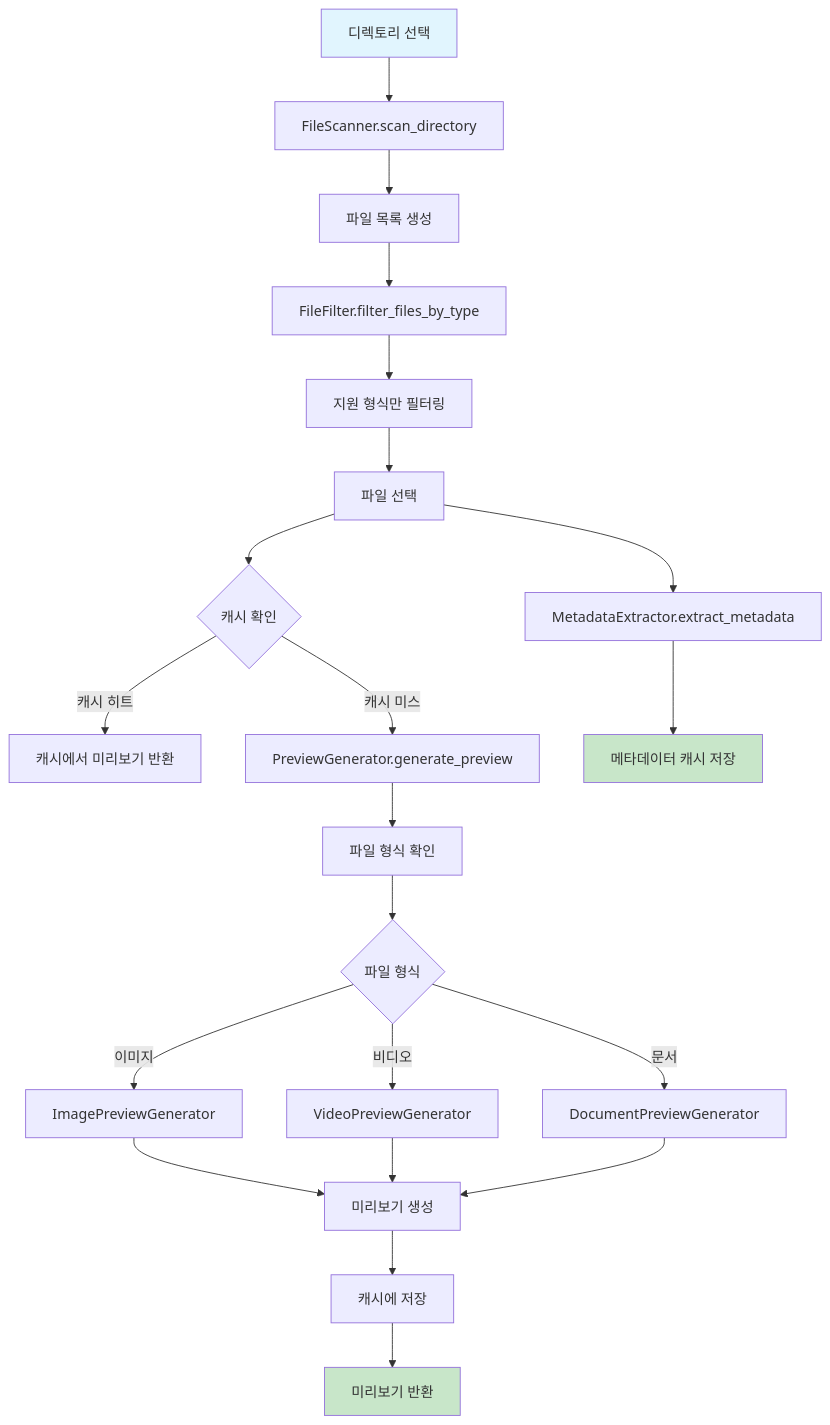
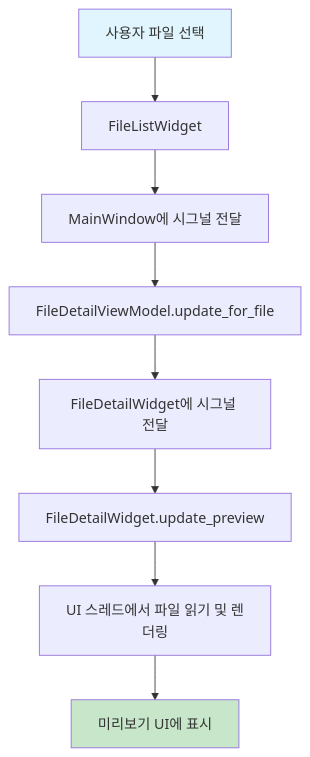
One commit to Yamang02/PYQT5_FileTagger changed the second of 2 diagrams in docs/specifications/technical/TS-20250711-003_file_system_preview_system.md. Above: the diagram before and after it, drawn with Mermaid. The commit also changed other lines of this file and 3 other files, not shown here.

````diff
--- a/docs/specifications/technical/TS-20250711-003_file_system_preview_system.md
+++ b/docs/specifications/technical/TS-20250711-003_file_system_preview_system.md
@@ -76,32 +63,13 @@
 ```mermaid
 flowchart TD
-    A[디렉토리 선택] --> B[FileScanner.scan_directory]
-    B --> C[파일 목록 생성]
-    C --> D[FileFilter.filter_files_by_type]
-    D --> E[지원 형식만 필터링]
-    E --> F[파일 선택]
-    
-    F --> G{캐시 확인}
-    G -->|캐시 히트| H[캐시에서 미리보기 반환]
-    G -->|캐시 미스| I[PreviewGenerator.generate_preview]
-    I --> J[파일 형식 확인]
-    J --> K{파일 형식}
-    
-    K -->|이미지| L[ImagePreviewGenerator]
-    K -->|비디오| M[VideoPreviewGenerator]
-    K -->|문서| N[DocumentPreviewGenerator]
-    
-    L --> O[미리보기 생성]
-    M --> O
-    N --> O
-    
-    O --> P[캐시에 저장]
-    P --> Q[미리보기 반환]
-    
-    F --> R[MetadataExtractor.extract_metadata]
-    R --> S[메타데이터 캐시 저장]
-    
+    A[사용자 파일 선택] --> B[FileListWidget]
+    B --> C[MainWindow에 시그널 전달]
+    C --> D[FileDetailViewModel.update_for_file]
+    D --> E[FileDetailWidget에 시그널 전달]
+    E --> F[FileDetailWidget.update_preview]
+    F --> G[UI 스레드에서 파일 읽기 및 렌더링]
+    G --> H[미리보기 UI에 표시]
+
     style A fill:#e1f5fe
-    style Q fill:#c8e6c9
-    style S fill:#c8e6c9
+    style H fill:#c8e6c9
 ```
````
